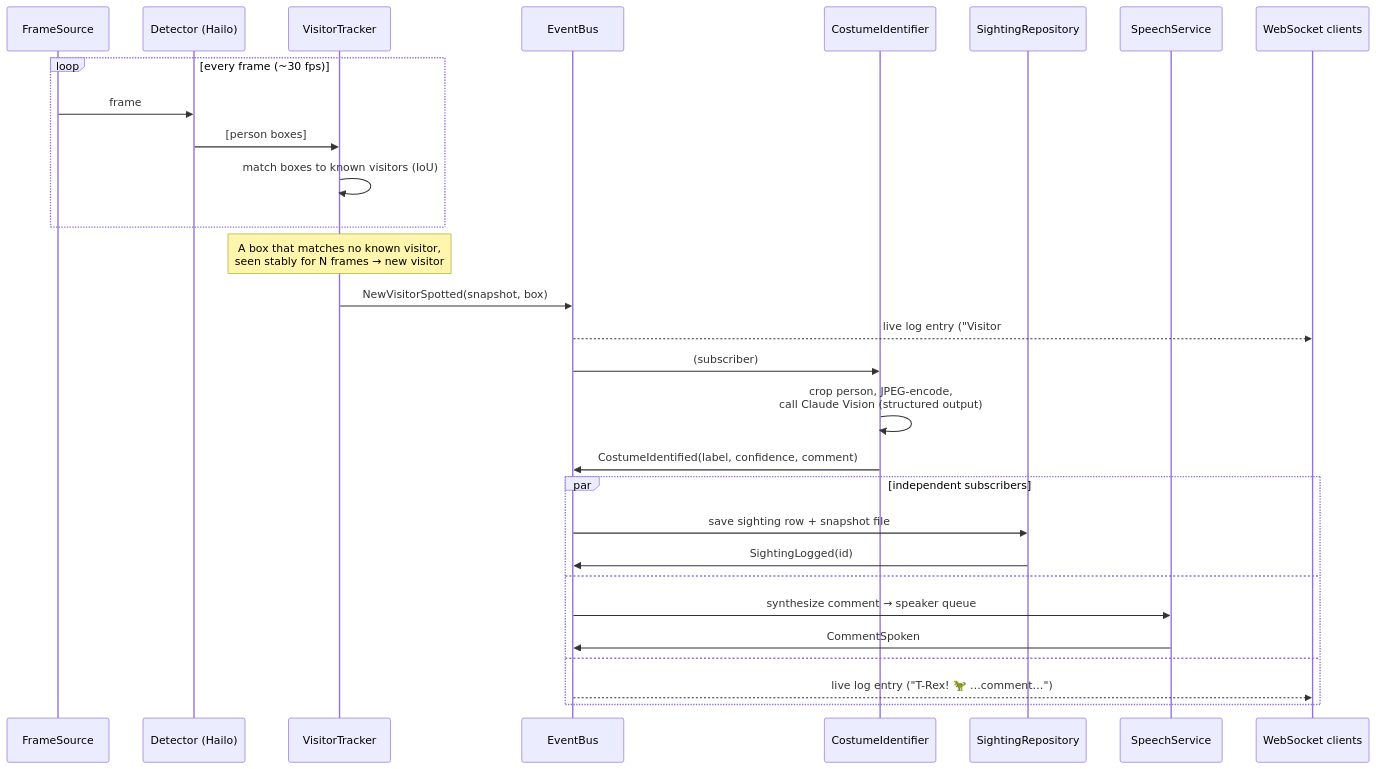
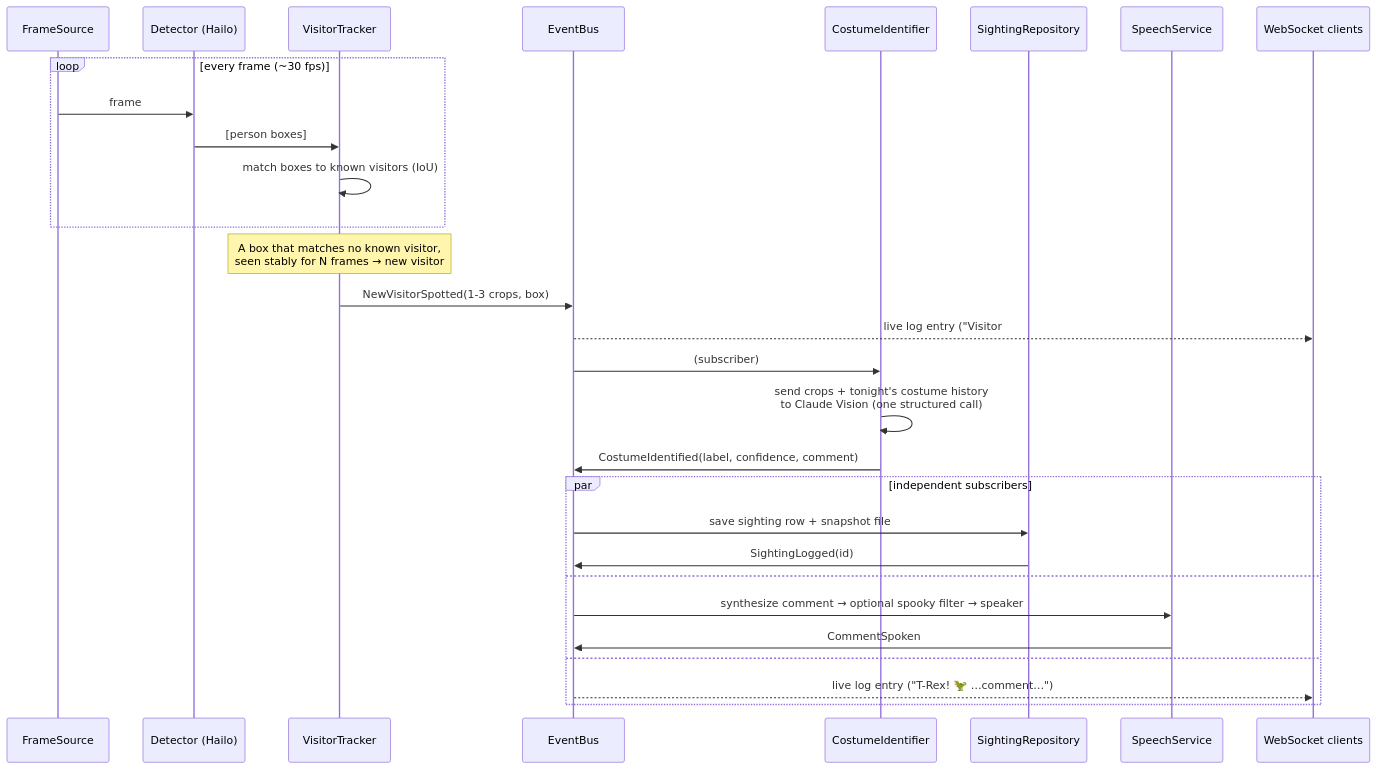
The second of 5 diagrams in docs/architecture.md (rwaggoner/pi-costume-spotter), drawn with Mermaid before and after one commit. The commit also changed other lines of this file and 1 other file, not shown here.

First line of the commit message:
docs: refresh architecture + README for this session's design changes

````diff
--- a/docs/architecture.md
+++ b/docs/architecture.md
@@ -73,32 +73,32 @@
 ```mermaid
 sequenceDiagram
     participant Cam as FrameSource
     participant Det as Detector (Hailo)
     participant Trk as VisitorTracker
     participant Bus as EventBus
     participant Vis as CostumeIdentifier
     participant Sto as SightingRepository
     participant Spk as SpeechService
     participant WS as WebSocket clients
 
     loop every frame (~30 fps)
         Cam->>Det: frame
         Det->>Trk: [person boxes]
         Trk->>Trk: match boxes to known visitors (IoU)
     end
     Note over Trk: A box that matches no known visitor,<br/>seen stably for N frames → new visitor
-    Trk->>Bus: NewVisitorSpotted(snapshot, box)
+    Trk->>Bus: NewVisitorSpotted(1-3 crops, box)
     Bus-->>WS: live log entry ("Visitor #17 spotted")
     Bus->>Vis: (subscriber)
-    Vis->>Vis: crop person, JPEG-encode,<br/>call Claude Vision (structured output)
+    Vis->>Vis: send crops + tonight's costume history<br/>to Claude Vision (one structured call)
     Vis->>Bus: CostumeIdentified(label, confidence, comment)
     par independent subscribers
         Bus->>Sto: save sighting row + snapshot file
         Sto->>Bus: SightingLogged(id)
     and
-        Bus->>Spk: synthesize comment → speaker queue
+        Bus->>Spk: synthesize comment → optional spooky filter → speaker
         Spk->>Bus: CommentSpoken
     and
         Bus-->>WS: live log entry ("T-Rex! 🦖 …comment…")
     end
 ```
````
